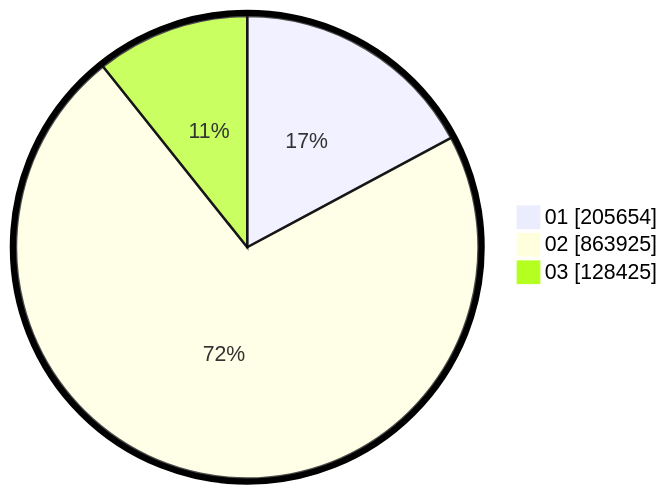
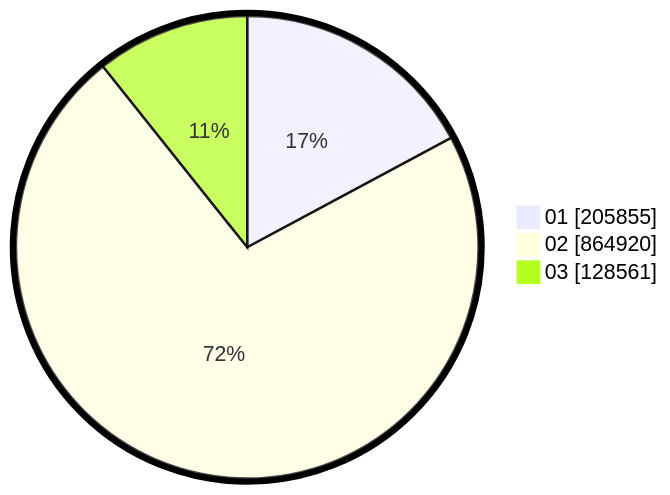
The second of 2 diagrams in pilpres/hitung-suara/sub/table-wilayah-62.md (gigit-pemilu/pemilu-2024), drawn with Mermaid before and after one commit. The commit also changed other lines of this file and 8 other files, not shown here.

````diff
--- a/pilpres/hitung-suara/sub/table-wilayah-62.md
+++ b/pilpres/hitung-suara/sub/table-wilayah-62.md
@@ -15,7 +15,7 @@
 ```mermaid
 %%{init: {"pie": {"textPosition": 0.5}, "themeVariables": {"pieOuterStrokeWidth": "5px"}} }%%
 pie showData
-    "01" : 205654
-    "02" : 863925
-    "03" : 128425
+    "01" : 205855
+    "02" : 864920
+    "03" : 128561
 ```
````
